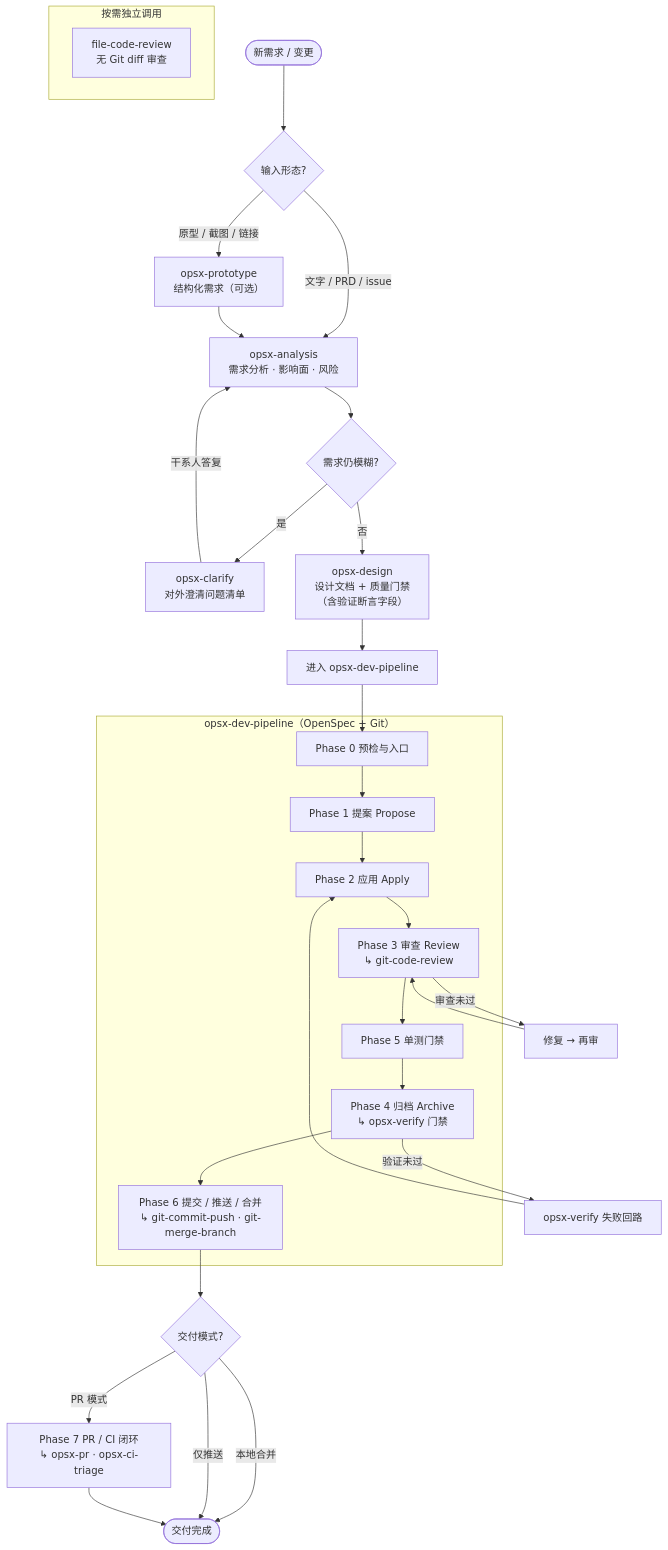
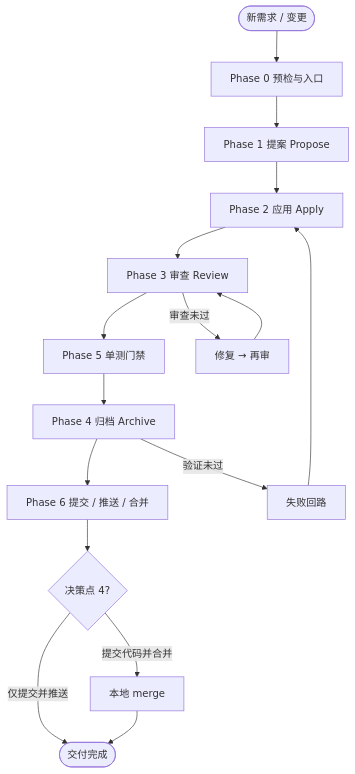
Before and after one commit to ZhaoYis/My-Skills: the diagram in dev-pipeline/README.md, drawn with Mermaid. The commit also changed other lines of this file, not shown here.

````diff
--- a/dev-pipeline/README.md
+++ b/dev-pipeline/README.md
@@ -123,45 +81,22 @@
 ```mermaid
 flowchart TD
-  START(["新需求 / 变更"]) --> INPUT
+  START(["新需求 / 变更"]) --> P0
 
-  INPUT{"输入形态?"}
-  INPUT -->|原型 / 截图 / 链接| PROTO["opsx-prototype<br/>结构化需求（可选）"]
-  INPUT -->|文字 / PRD / issue| ANALYSIS
-  PROTO --> ANALYSIS
+  P0["Phase 0 预检与入口"]
+  P0 --> P1["Phase 1 提案 Propose"]
+  P1 --> P2["Phase 2 应用 Apply"]
+  P2 --> P3["Phase 3 审查 Review"]
+  P3 --> P5["Phase 5 单测门禁"]
+  P5 --> P4["Phase 4 归档 Archive"]
+  P4 --> P6["Phase 6 提交 / 推送 / 合并"]
 
-  ANALYSIS["opsx-analysis<br/>需求分析 · 影响面 · 风险"]
-  ANALYSIS --> FUZZY{"需求仍模糊?"}
-  FUZZY -->|是| CLARIFY["opsx-clarify<br/>对外澄清问题清单"]
-  CLARIFY -->|干系人答复| ANALYSIS
-  FUZZY -->|否| DESIGN
-
-  DESIGN["opsx-design<br/>设计文档 + 质量门禁<br/>（含验证断言字段）"]
-  DESIGN --> PIPELINE
-
-  subgraph pipeline ["opsx-dev-pipeline（OpenSpec + Git）"]
-    P0["Phase 0 预检与入口"]
-    P1["Phase 1 提案 Propose"]
-    P2["Phase 2 应用 Apply"]
-    P3["Phase 3 审查 Review<br/>↳ git-code-review"]
-    P5["Phase 5 单测门禁"]
-    P4["Phase 4 归档 Archive<br/>↳ opsx-verify 门禁"]
-    P6["Phase 6 提交 / 推送 / 合并<br/>↳ git-commit-push · git-merge-branch"]
-    P0 --> P1 --> P2 --> P3 --> P5 --> P4 --> P6
-  end
-
-  PIPELINE["进入 opsx-dev-pipeline"] --> P0
   P3 -->|审查未过| FIX["修复 → 再审"]
   FIX --> P3
-  P4 -->|验证未过| VFIX["opsx-verify 失败回路"]
+  P4 -->|验证未过| VFIX["失败回路"]
   VFIX --> P2
 
-  P6 --> MODE{"交付模式?"}
-  MODE -->|本地合并| DONE(["交付完成"])
-  MODE -->|仅推送| DONE
-  MODE -->|PR 模式| PR["Phase 7 PR / CI 闭环<br/>↳ opsx-pr · opsx-ci-triage"]
-  PR --> DONE
-
-  subgraph adhoc ["按需独立调用"]
-    FCR["file-code-review<br/>无 Git diff 审查"]
-  end
+  P6 --> MODE{"决策点 4?"}
+  MODE -->|仅提交并推送| DONE(["交付完成"])
+  MODE -->|提交代码并合并| MERGE["本地 merge"]
+  MERGE --> DONE
 ```
````
